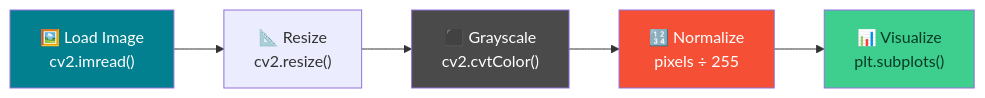
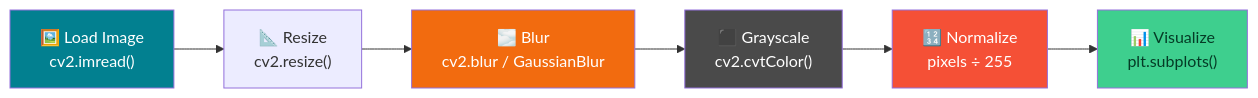
One commit to therishiraj/CSE471-DLCV changed the first of 2 diagrams in Practical/Week 1.md. Above: the diagram before and after it, drawn with Mermaid. The commit also changed other lines of this file, not shown here.

````diff
--- a/Practical/Week 1.md
+++ b/Practical/Week 1.md
@@ -20,11 +21,13 @@
 ```mermaid
 flowchart LR
     A["🖼️ Load Image<br/>cv2.imread()"] --> B["📐 Resize<br/>cv2.resize()"]
-    B --> C["⬛ Grayscale<br/>cv2.cvtColor()"]
-    C --> D["🔢 Normalize<br/>pixels ÷ 255"]
-    D --> E["📊 Visualize<br/>plt.subplots()"]
+    B --> C["🌫️ Blur<br/>cv2.blur / GaussianBlur"]
+    C --> D["⬛ Grayscale<br/>cv2.cvtColor()"]
+    D --> E["🔢 Normalize<br/>pixels ÷ 255"]
+    E --> F["📊 Visualize<br/>plt.subplots()"]
     style A fill:#028090,color:#fff
-    style C fill:#4A4A4A,color:#fff
-    style D fill:#F55036,color:#fff
-    style E fill:#3ECF8E,color:#053b26
+    style C fill:#F26B0F,color:#fff
+    style D fill:#4A4A4A,color:#fff
+    style E fill:#F55036,color:#fff
+    style F fill:#3ECF8E,color:#053b26
 ```
````
